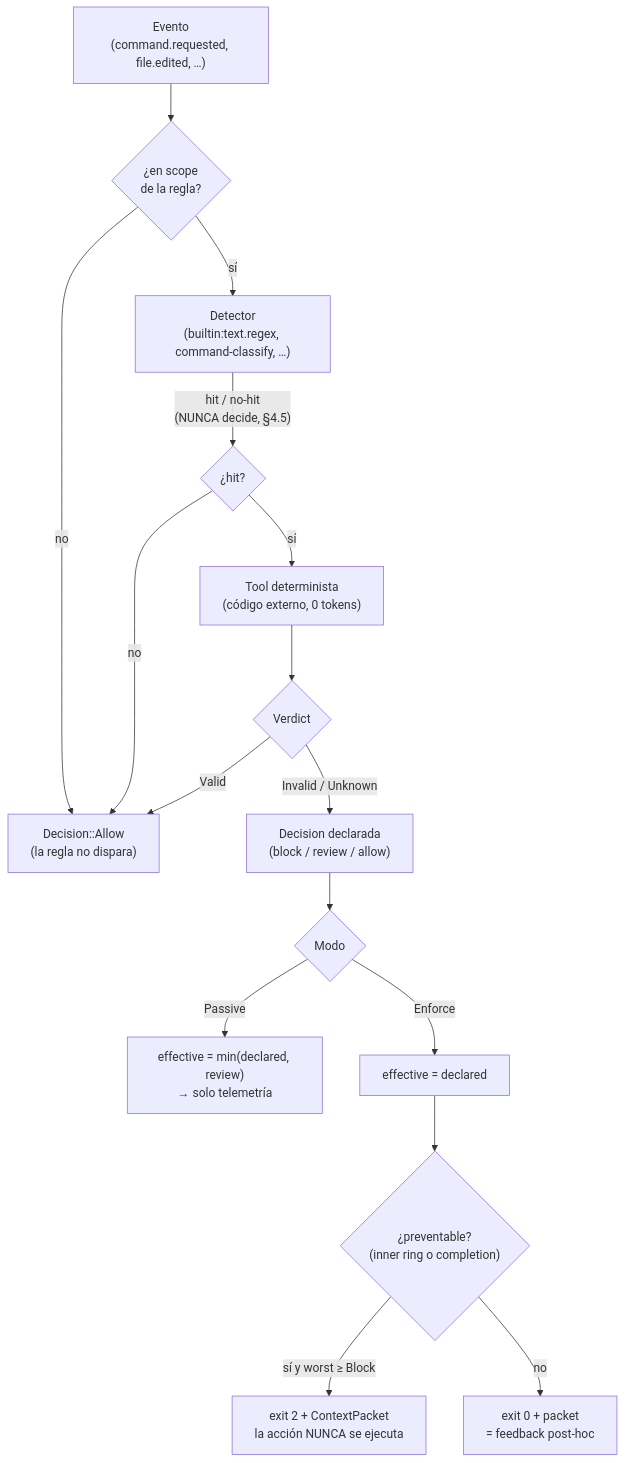
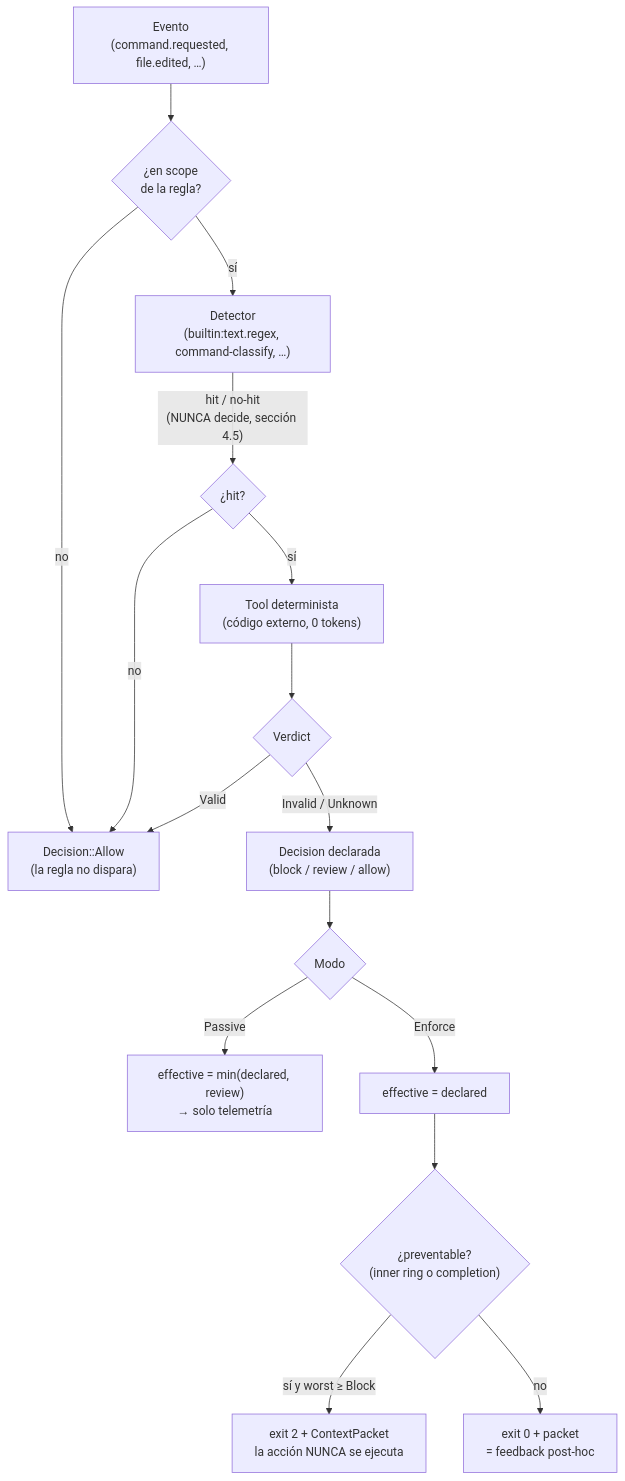
One commit to JhonaCodes/keel changed the third of 6 diagrams in docs/FUNCIONAMIENTO_INTERNO.md. Above: the diagram before and after it, drawn with Mermaid. The commit also changed other lines of this file and 69 other files, not shown here.

````diff
--- a/docs/FUNCIONAMIENTO_INTERNO.md
+++ b/docs/FUNCIONAMIENTO_INTERNO.md
@@ -101,18 +101,18 @@
 ```mermaid
 flowchart TD
     EV["Evento<br/>(command.requested, file.edited, …)"] --> SCOPE{"¿en scope<br/>de la regla?"}
     SCOPE -- no --> ALLOW["Decision::Allow<br/>(la regla no dispara)"]
     SCOPE -- sí --> DET["Detector<br/>(builtin:text.regex, command-classify, …)"]
-    DET -- "hit / no-hit<br/>(NUNCA decide, §4.5)" --> HIT{"¿hit?"}
+    DET -- "hit / no-hit<br/>(NUNCA decide, sección 4.5)" --> HIT{"¿hit?"}
     HIT -- no --> ALLOW
     HIT -- sí --> TOOL["Tool determinista<br/>(código externo, 0 tokens)"]
     TOOL --> V{"Verdict"}
     V -- Valid --> ALLOW
     V -- "Invalid / Unknown" --> DEC["Decision declarada<br/>(block / review / allow)"]
     DEC --> MODE{"Modo"}
     MODE -- Passive --> CAP["effective = min(declared, review)<br/>→ solo telemetría"]
     MODE -- Enforce --> EFF["effective = declared"]
     EFF --> PREV{"¿preventable?<br/>(inner ring o completion)"}
     PREV -- "sí y worst ≥ Block" --> EXIT2["exit 2 + ContextPacket<br/>la acción NUNCA se ejecuta"]
     PREV -- no --> FB["exit 0 + packet<br/>= feedback post-hoc"]
 ```
````
